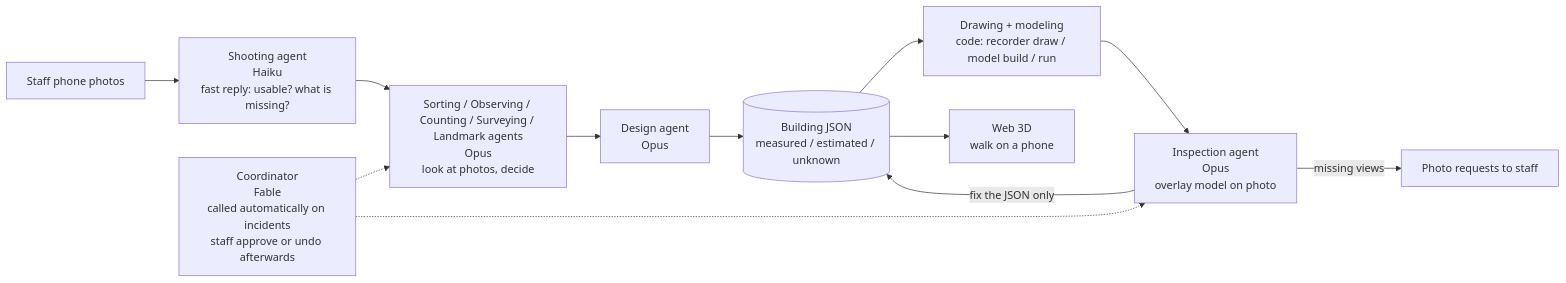
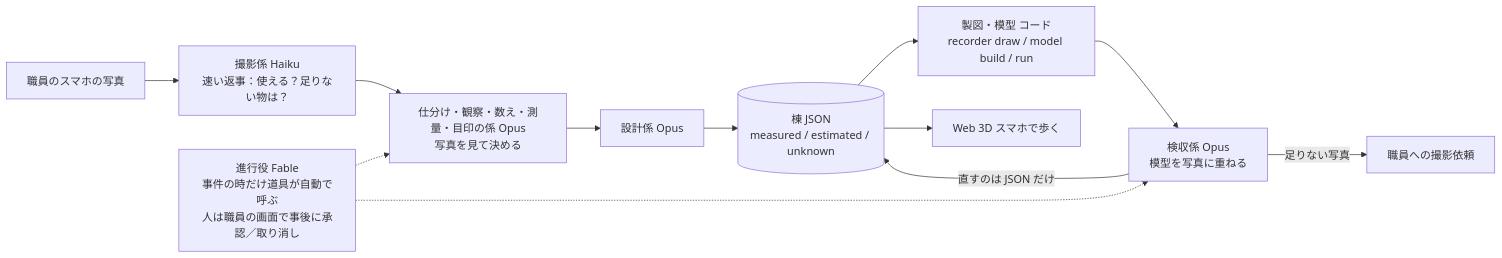
The diagram in README.md (yuu737/campus-recorder), drawn with Mermaid before and after one commit. The commit also changed other lines of this file and 18 other files, not shown here.

````diff
--- a/README.md
+++ b/README.md
@@ -69,14 +67,14 @@
 ```mermaid
 flowchart LR
-  P[Staff phone photos] --> S[Shooting agent<br/>Haiku<br/>fast reply: usable? what is missing?]
-  S --> O[Sorting / Observing / Counting / Surveying / Landmark agents<br/>Opus<br/>look at photos, decide]
-  O --> D[Design agent<br/>Opus]
-  D --> J[(Building JSON<br/>measured / estimated / unknown)]
-  J --> C[Drawing + modeling<br/>code: recorder draw / model build / run]
-  C --> K[Inspection agent<br/>Opus<br/>overlay model on photo]
-  K -->|fix the JSON only| J
-  K -->|missing views| R[Photo requests to staff]
-  J --> W[Web 3D<br/>walk on a phone]
-  X[Coordinator<br/>Fable<br/>called automatically on incidents<br/>staff approve or undo afterwards] -.-> O
+  P[職員のスマホの写真] --> S[撮影係 Haiku<br/>速い返事：使える？足りない物は？]
+  S --> O[仕分け・観察・数え・測量・目印の係 Opus<br/>写真を見て決める]
+  O --> D[設計係 Opus]
+  D --> J[(棟 JSON<br/>measured / estimated / unknown)]
+  J --> C[製図・模型 コード<br/>recorder draw / model build / run]
+  C --> K[検収係 Opus<br/>模型を写真に重ねる]
+  K -->|直すのは JSON だけ| J
+  K -->|足りない写真| R[職員への撮影依頼]
+  J --> W[Web 3D スマホで歩く]
+  X[進行役 Fable<br/>事件の時だけ道具が自動で呼ぶ<br/>人は職員の画面で事後に承認／取り消し] -.-> O
   X -.-> K
 ```
````
